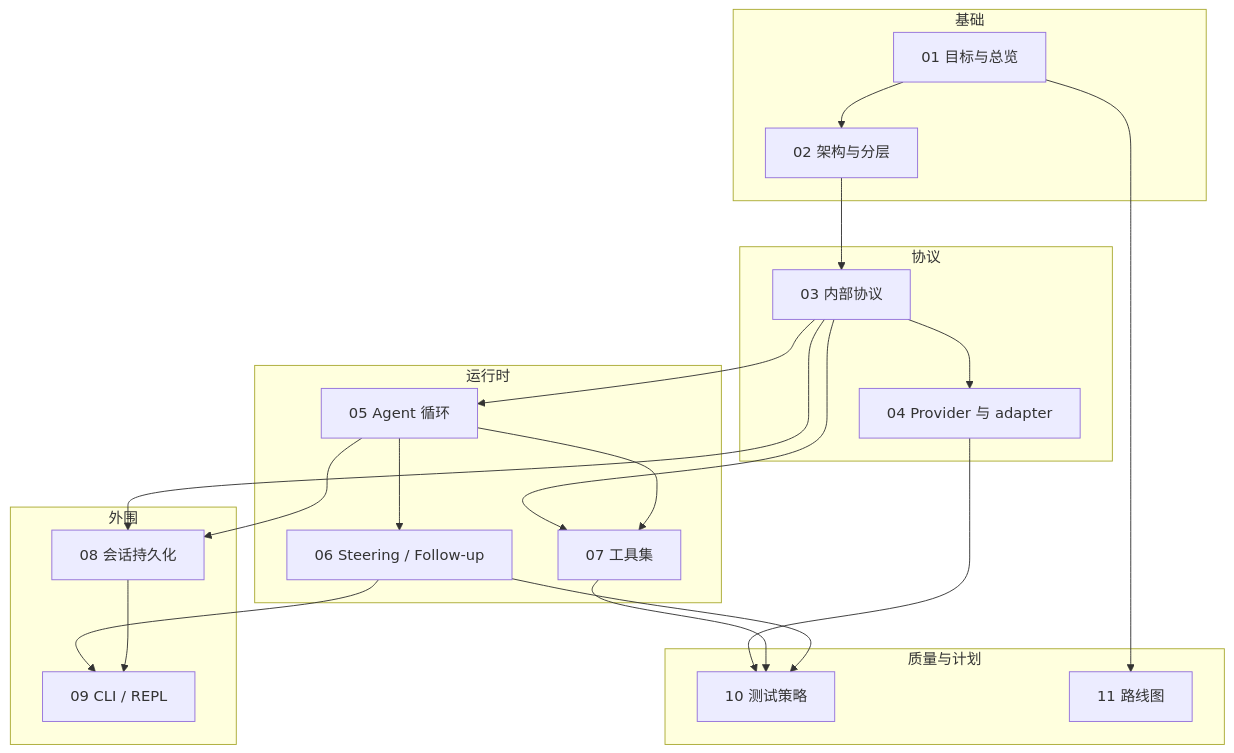
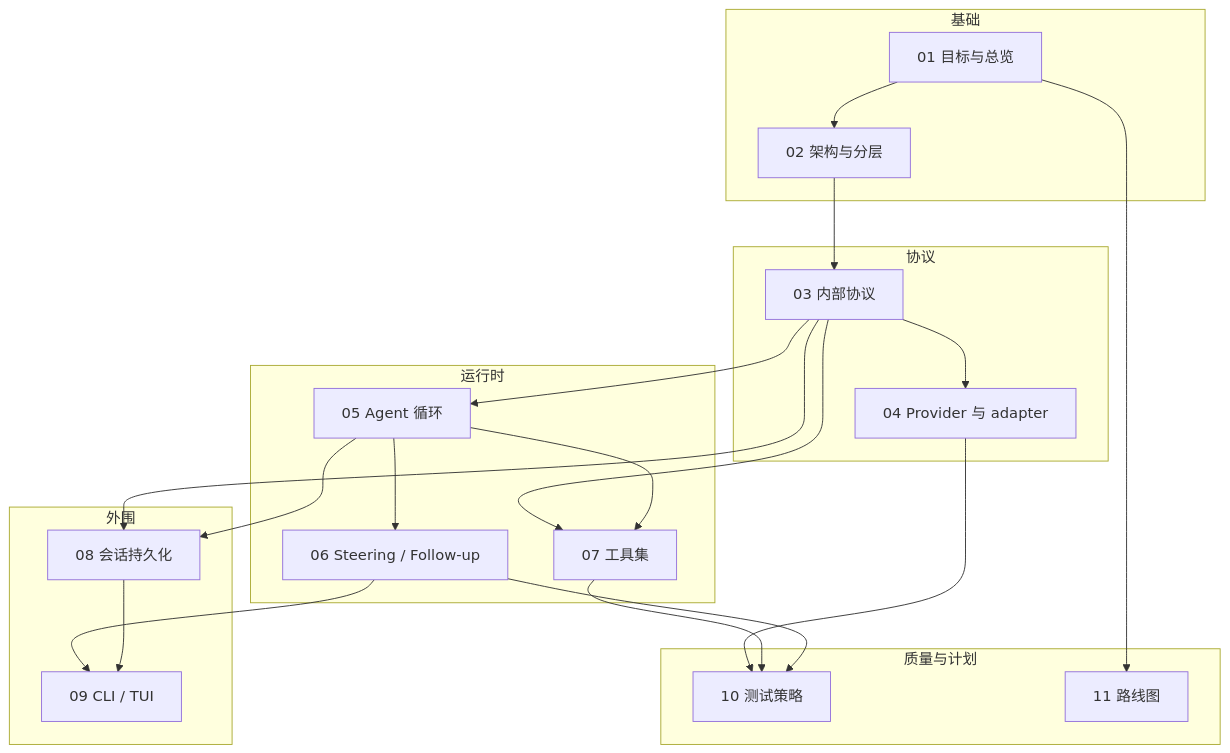
The diagram in docs/README.md (rita152/coda), drawn with Mermaid before and after one commit. The commit also changed other lines of this file and 19 other files, not shown here.

````diff
--- a/docs/README.md
+++ b/docs/README.md
@@ -19,40 +19,40 @@
 ```mermaid
 graph TD
   subgraph 基础
     O1[01 目标与总览]
     A2[02 架构与分层]
   end
   subgraph 协议
     P3[03 内部协议]
     PA4[04 Provider 与 adapter]
   end
   subgraph 运行时
     AL5[05 Agent 循环]
     SF6[06 Steering / Follow-up]
     T7[07 工具集]
   end
   subgraph 外围
     S8[08 会话持久化]
-    C9[09 CLI / REPL]
+    C9[09 CLI / TUI]
   end
   subgraph 质量与计划
     TE10[10 测试策略]
     RM11[11 路线图]
   end
 
   O1 --> A2
   A2 --> P3
   P3 --> PA4
   P3 --> AL5
   AL5 --> SF6
   P3 --> T7
   AL5 --> T7
   P3 --> S8
   AL5 --> S8
   SF6 --> C9
   S8 --> C9
   PA4 --> TE10
   T7 --> TE10
   SF6 --> TE10
   O1 --> RM11
 ```
````
